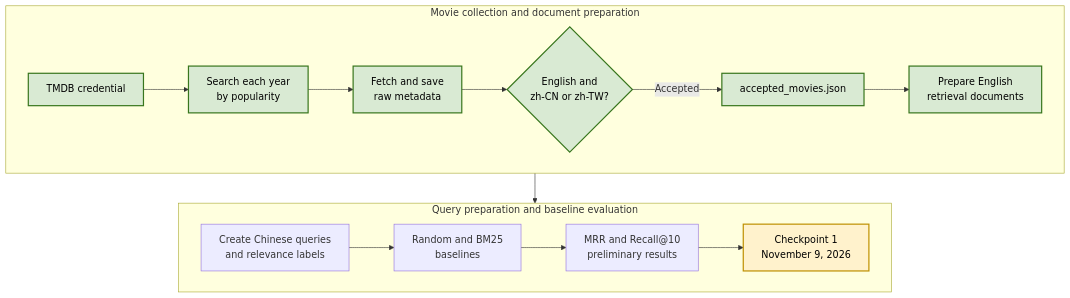
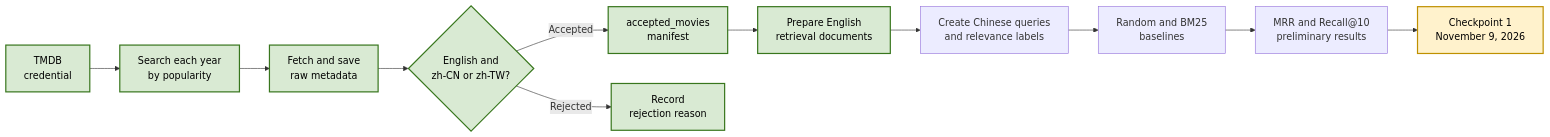
The diagram in README.md (SammiWang0516/InformationRetrieval_AudioviusalMedia), drawn with Mermaid before and after one commit.

Commit message:
revised mermaid graph

````diff
--- a/README.md
+++ b/README.md
@@ -21,25 +21,18 @@
 ```mermaid
-flowchart TB
-    subgraph COLLECTION["Movie collection and document preparation"]
-        direction LR
-        A["TMDB credential"] --> B["Search each year<br/>by popularity"]
-        B --> C["Fetch and save<br/>raw metadata"]
-        C --> D{"English and<br/>zh-CN or zh-TW?"}
-        D -->|"Accepted"| E["accepted_movies.json"]
-        E --> F["Prepare English<br/>retrieval documents"]
-    end
-
-    subgraph EVALUATION["Query preparation and baseline evaluation"]
-        direction LR
-        G["Create Chinese queries<br/>and relevance labels"] --> H["Random and BM25<br/>baselines"]
-        H --> I["MRR and Recall@10<br/>preliminary results"]
-        I --> J["Checkpoint 1<br/>November 9, 2026"]
-    end
-
-    F --> G
+flowchart LR
+    A["TMDB<br/>credential"] --> B["Search each year<br/>by popularity"]
+    B --> C["Fetch and save<br/>raw metadata"]
+    C --> D{"English and<br/>zh-CN or zh-TW?"}
+    D -->|"Accepted"| E["accepted_movies<br/>manifest"]
+    D -->|"Rejected"| R["Record<br/>rejection reason"]
+    E --> F["Prepare English<br/>retrieval documents"]
+    F --> G["Create Chinese queries<br/>and relevance labels"]
+    G --> H["Random and BM25<br/>baselines"]
+    H --> I["MRR and Recall@10<br/>preliminary results"]
+    I --> J["Checkpoint 1<br/>November 9, 2026"]
 
     classDef completed fill:#d9ead3,stroke:#38761d,stroke-width:2px,color:#000000;
     classDef checkpoint fill:#fff2cc,stroke:#bf9000,stroke-width:2px,color:#000000;
-    class A,B,C,D,E,F completed;
+    class A,B,C,D,E,F,R completed;
     class J checkpoint;
 ```
````
